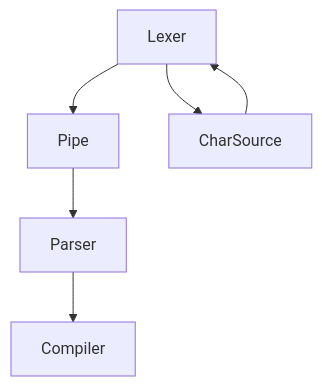
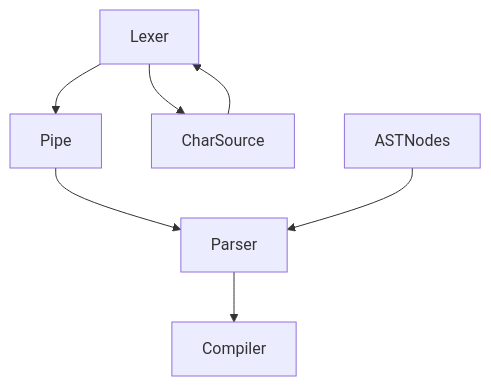
Before and after one commit to Ramzeeset/Expression-Parser: the diagram in README.md, drawn with Mermaid.

````diff
--- a/README.md
+++ b/README.md
@@ -7,8 +7,9 @@
 ```mermaid
 graph TD;
     Lexer-->Pipe;
     Lexer-->CharSource;
     CharSource-->Lexer;
     Pipe-->Parser;
+    ASTNodes-->Parser;
     Parser-->Compiler;
 ```
````
